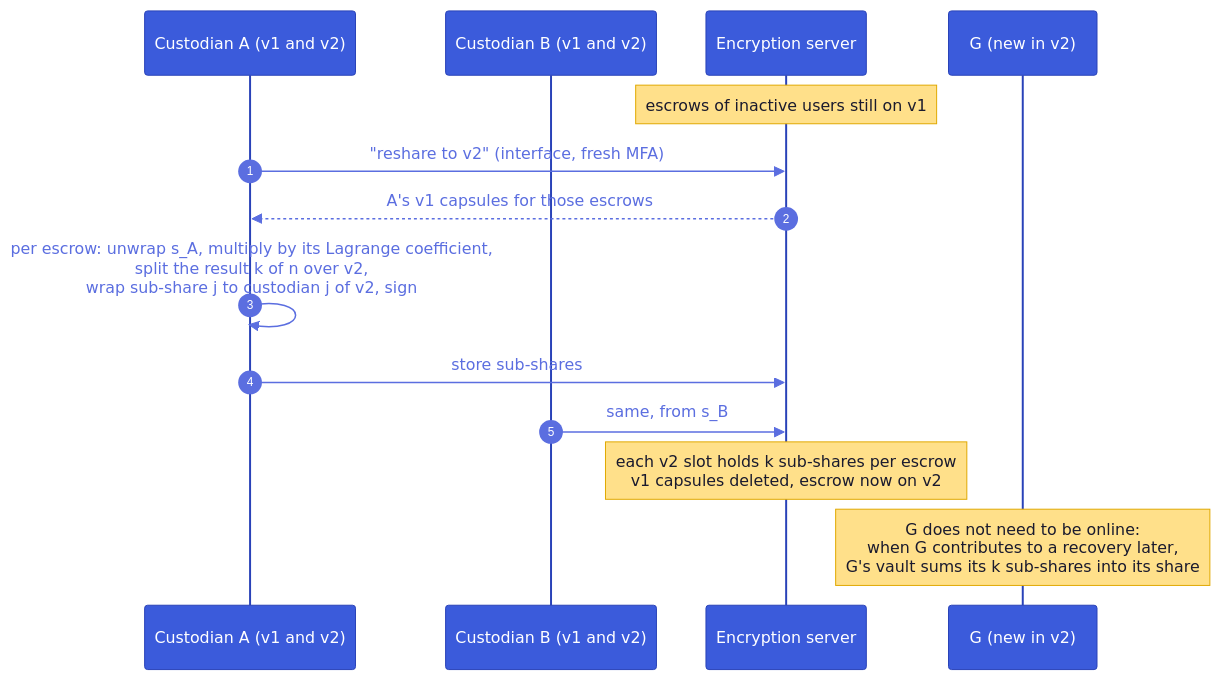
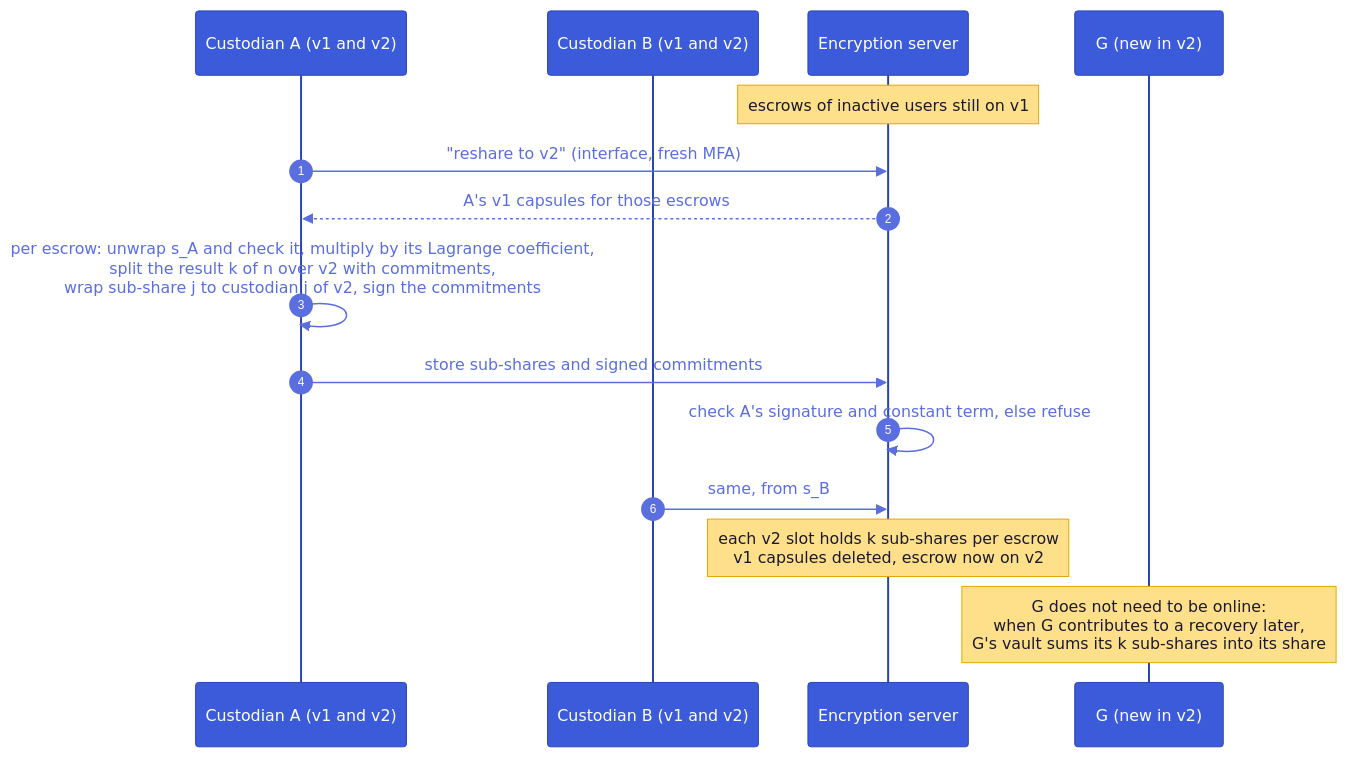
Diagram 19 of 22 in shamir.md (suitenumerique/encryption), drawn with Mermaid before and after one commit. The commit also changed other lines of this file and 91 other files, not shown here.

````diff
--- a/shamir.md
+++ b/shamir.md
@@ -648,17 +709,18 @@
 ```mermaid
 %%{init: {'theme':'base','look':'classic','themeVariables':{'actorBkg':'#3b5bdb','actorTextColor':'#fff','actorBorder':'#2942b8','signalColor':'#5b6ee0','signalTextColor':'#5b6ee0','noteBkgColor':'#ffe08a','noteTextColor':'#1a1a2e','noteBorderColor':'#e0a800','sequenceNumberColor':'#fff'}}}%%
 sequenceDiagram
   autonumber
   participant A as Custodian A (v1 and v2)
   participant B as Custodian B (v1 and v2)
   participant API as Encryption server
   participant G as G (new in v2)
   Note over API: escrows of inactive users still on v1
   A->>API: "reshare to v2" (interface, fresh MFA)
   API-->>A: A's v1 capsules for those escrows
-  A->>A: per escrow: unwrap s_A, multiply by its Lagrange coefficient,<br/>split the result k of n over v2,<br/>wrap sub-share j to custodian j of v2, sign
-  A->>API: store sub-shares
+  A->>A: per escrow: unwrap s_A and check it, multiply by its Lagrange coefficient,<br/>split the result k of n over v2 with commitments,<br/>wrap sub-share j to custodian j of v2, sign the commitments
+  A->>API: store sub-shares and signed commitments
+  API->>API: check A's signature and constant term, else refuse
   B->>API: same, from s_B
   Note over API: each v2 slot holds k sub-shares per escrow<br/>v1 capsules deleted, escrow now on v2
   Note over G: G does not need to be online:<br/>when G contributes to a recovery later,<br/>G's vault sums its k sub-shares into its share
 ```
````
